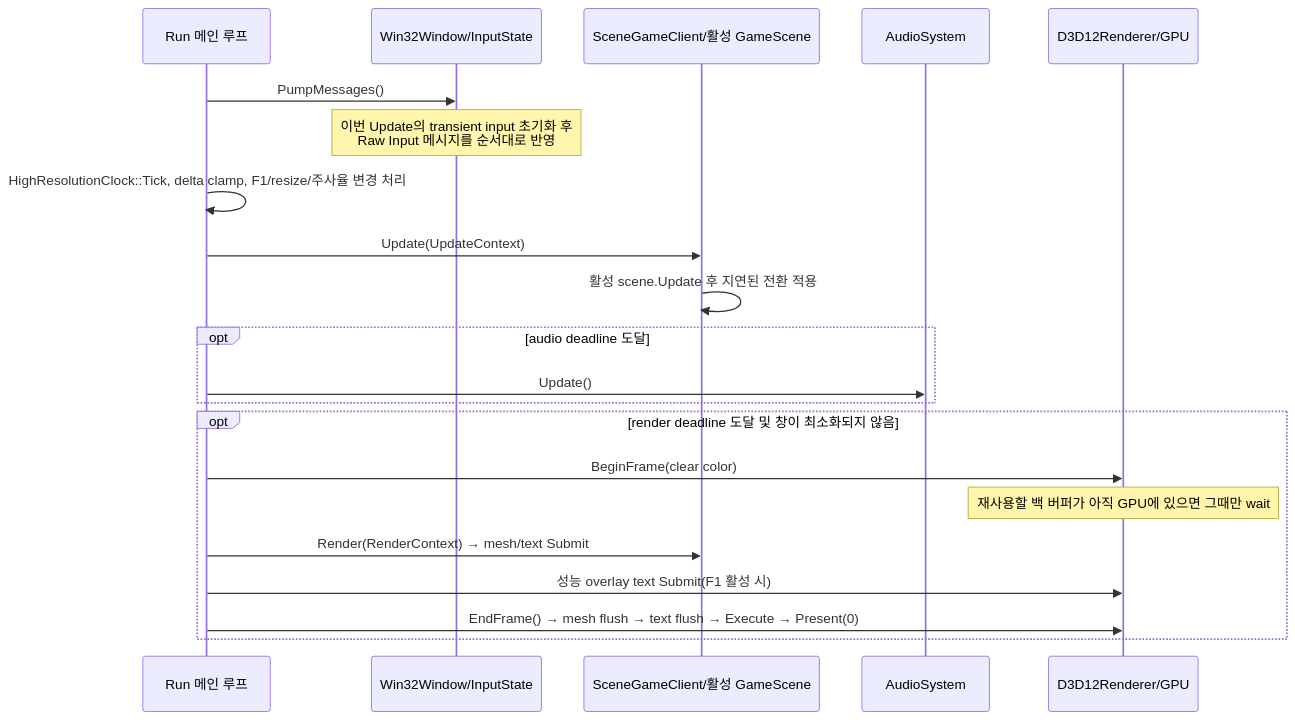
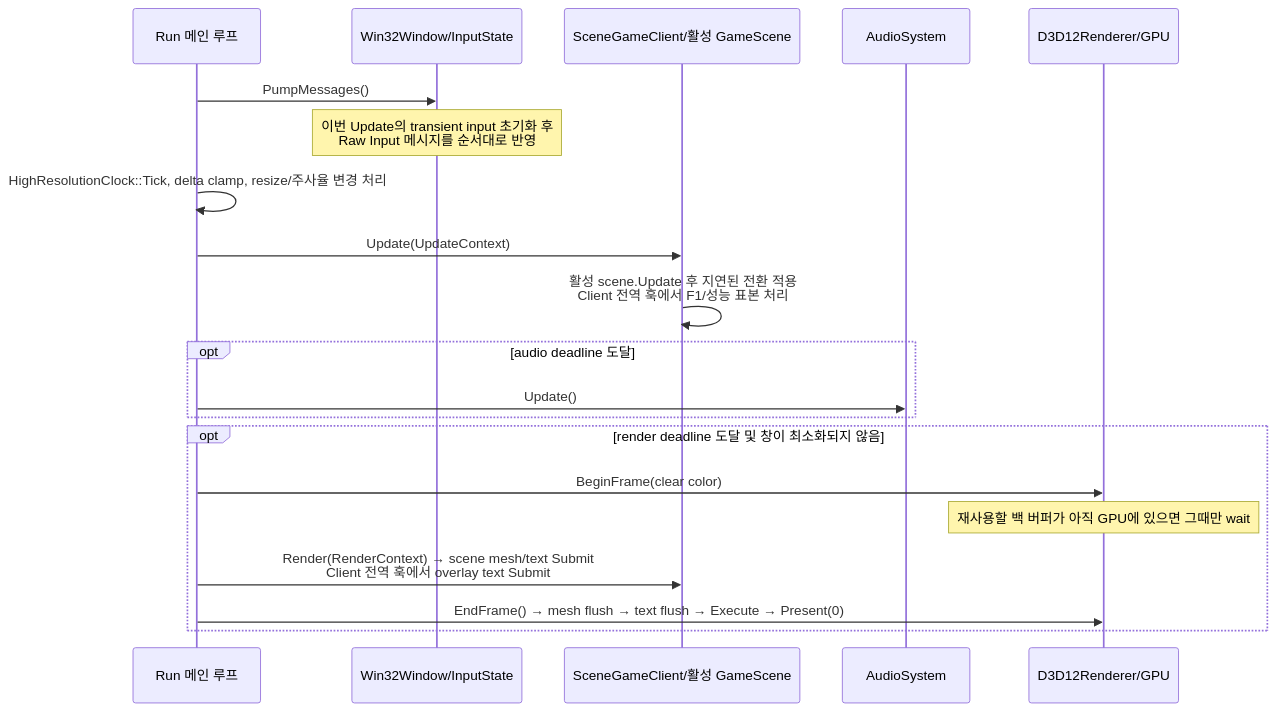
One commit to 4dblackhole/MyRhythmGame-Client changed the second of 2 diagrams in Docs/ExecutionFlow.md. Above: the diagram before and after it, drawn with Mermaid. The commit also changed 4 other files, not shown here.

Commit message:
Move performance overlay presentation to client

````diff
--- a/Docs/ExecutionFlow.md
+++ b/Docs/ExecutionFlow.md
@@ -130,24 +130,23 @@
 ```mermaid
 sequenceDiagram
     participant Run as Run 메인 루프
     participant Win as Win32Window/InputState
     participant Client as SceneGameClient/활성 GameScene
     participant Audio as AudioSystem
     participant GPU as D3D12Renderer/GPU
 
     Run->>Win: PumpMessages()
     Note over Win: 이번 Update의 transient input 초기화 후<br/>Raw Input 메시지를 순서대로 반영
-    Run->>Run: HighResolutionClock::Tick, delta clamp, F1/resize/주사율 변경 처리
+    Run->>Run: HighResolutionClock::Tick, delta clamp, resize/주사율 변경 처리
     Run->>Client: Update(UpdateContext)
-    Client->>Client: 활성 scene.Update 후 지연된 전환 적용
+    Client->>Client: 활성 scene.Update 후 지연된 전환 적용<br/>Client 전역 훅에서 F1/성능 표본 처리
     opt audio deadline 도달
         Run->>Audio: Update()
     end
     opt render deadline 도달 및 창이 최소화되지 않음
         Run->>GPU: BeginFrame(clear color)
         Note over GPU: 재사용할 백 버퍼가 아직 GPU에 있으면 그때만 wait
-        Run->>Client: Render(RenderContext) → mesh/text Submit
-        Run->>GPU: 성능 overlay text Submit(F1 활성 시)
+        Run->>Client: Render(RenderContext) → scene mesh/text Submit<br/>Client 전역 훅에서 overlay text Submit
         Run->>GPU: EndFrame() → mesh flush → text flush → Execute → Present(0)
     end
 ```
````
